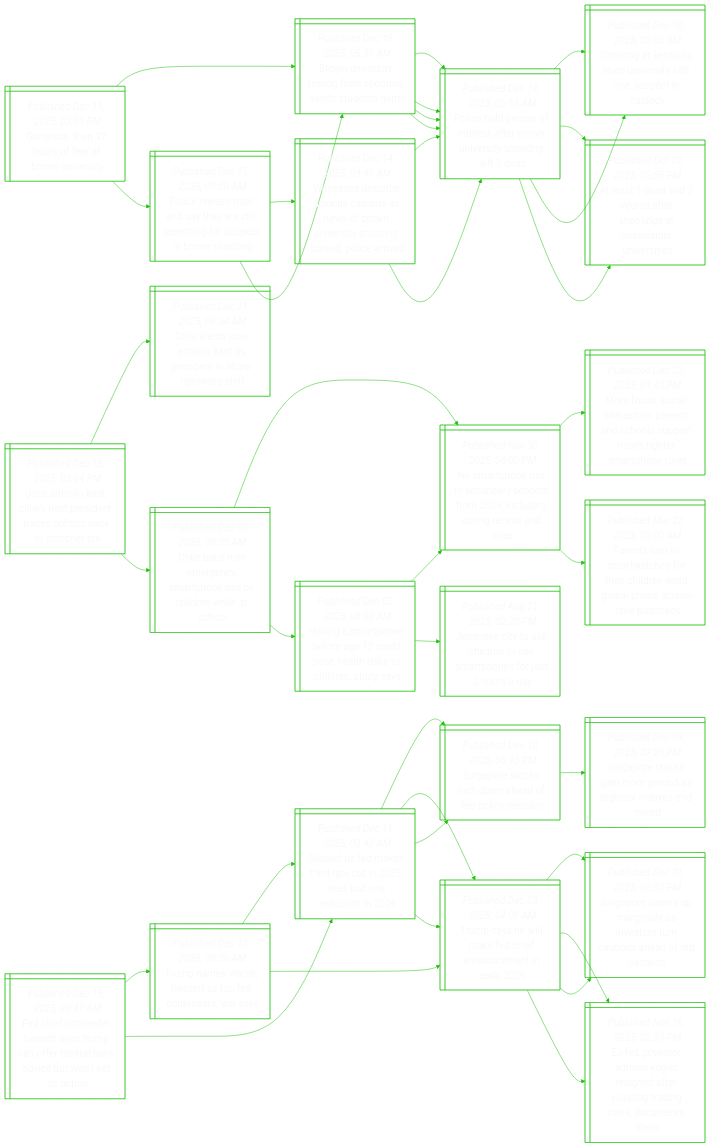
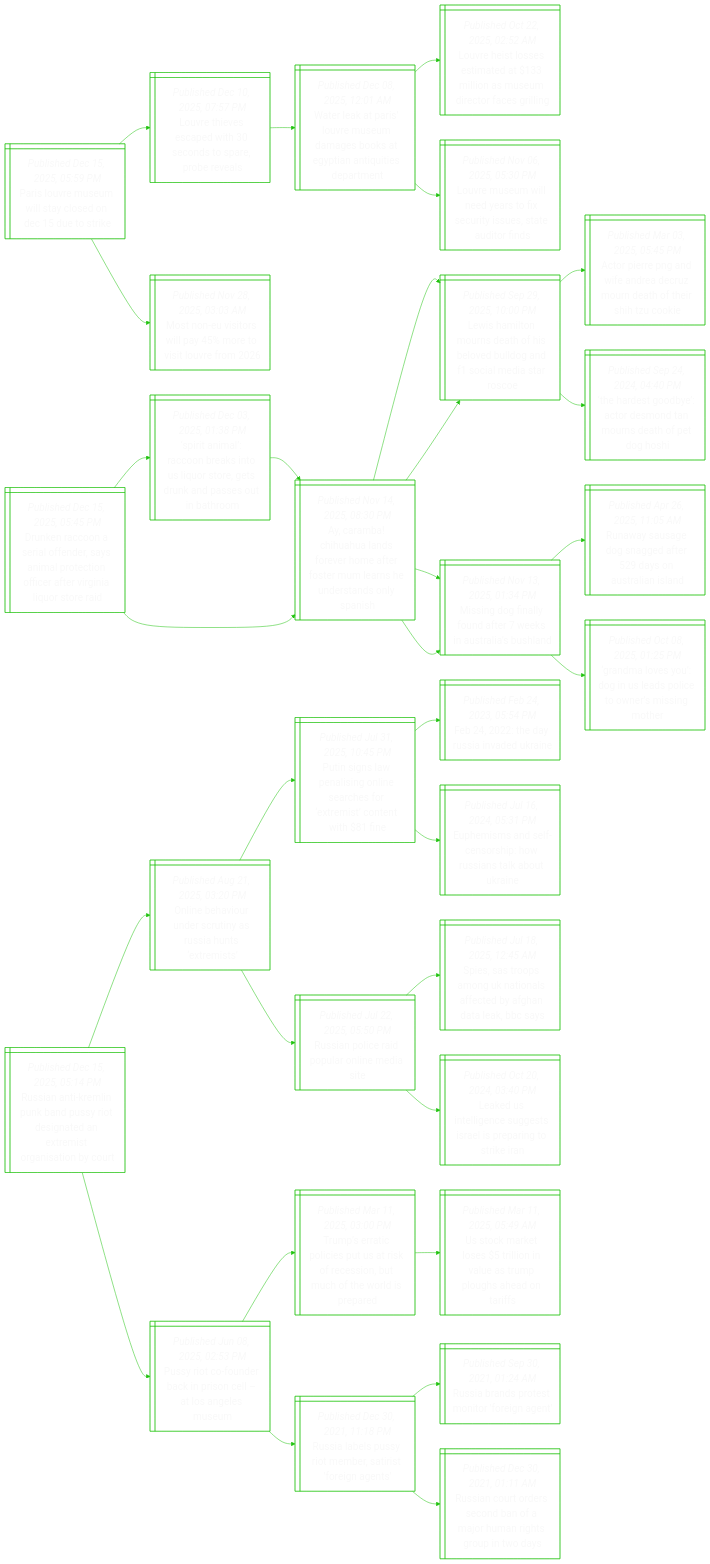
The diagram in README.md (notJmes/notJmes), drawn with Mermaid before and after one commit. The commit also changed other lines of this file, not shown here.

````diff
--- a/README.md
+++ b/README.md
@@ -16,121 +16,103 @@
 flowchart LR
 classDef txtsize font-size:20px;
 
-GoereBUr@{ shape: win-pane, label: "_Published Dec 15, 2025, 02:06 PM_
-Gunshots, then 12 hours of fear at brown university" }
-BUrrnmtette@{ shape: win-pane, label: "_Published Dec 15, 2025, 06:30 AM_
-Brown university, reeling from shooting, sends students home" }
-Pepnttrneytea@{ shape: win-pane, label: "_Published Dec 14, 2025, 06:58 AM_
-Police hold person of interest after brown university shooting left 2 dead" }
-SiKcaiileecd@{ shape: win-pane, label: "_Published Dec 10, 2025, 07:03 AM_
-Shooting at kentucky state university kills one, suspect in custody" }
-Asdndrtaspii@{ shape: win-pane, label: "_Published Oct 12, 2025, 05:58 PM_
-At least 1 dead and 3 injured after shootings at mississippi universities" }
-Pepnttrneytea@{ shape: win-pane, label: "_Published Dec 14, 2025, 06:58 AM_
-Police hold person of interest after brown university shooting left 2 dead" }
-SiKcaiileecd@{ shape: win-pane, label: "_Published Dec 10, 2025, 07:03 AM_
-Shooting at kentucky state university kills one, suspect in custody" }
-Asdndrtaspii@{ shape: win-pane, label: "_Published Oct 12, 2025, 05:58 PM_
-At least 1 dead and 3 injured after shootings at mississippi universities" }
-PeanayteireBsi@{ shape: win-pane, label: "_Published Dec 15, 2025, 07:00 AM_
-Police release man and say they are still searching for suspect in brown shooting" }
-Wsebiaasoiiogair@{ shape: win-pane, label: "_Published Dec 14, 2025, 09:40 AM_
-Witnesses describe anxious campus as news of brown university shooting spread, police arrived" }
-Pepnttrneytea@{ shape: win-pane, label: "_Published Dec 14, 2025, 06:58 AM_
-Police hold person of interest after brown university shooting left 2 dead" }
-Pepnttrneytea@{ shape: win-pane, label: "_Published Dec 14, 2025, 06:58 AM_
-Police hold person of interest after brown university shooting left 2 dead" }
-BUrrnmtette@{ shape: win-pane, label: "_Published Dec 15, 2025, 06:30 AM_
-Brown university, reeling from shooting, sends students home" }
-Pepnttrneytea@{ shape: win-pane, label: "_Published Dec 14, 2025, 06:58 AM_
-Police hold person of interest after brown university shooting left 2 dead" }
-Pepnttrneytea@{ shape: win-pane, label: "_Published Dec 14, 2025, 06:58 AM_
-Police hold person of interest after brown university shooting left 2 dead" }
+PLeulcdcok@{ shape: win-pane, label: "_Published Dec 15, 2025, 05:59 PM_
+Paris louvre museum will stay closed on dec 15 due to strike" }
+Levcwesaov@{ shape: win-pane, label: "_Published Dec 10, 2025, 07:57 PM_
+Louvre thieves escaped with 30 seconds to spare, probe reveals" }
+Wltsrembapausrt@{ shape: win-pane, label: "_Published Dec 08, 2025, 12:01 AM_
+Water leak at paris’ louvre museum damages books at egyptian antiquities department" }
+Leteidlaerrsl@{ shape: win-pane, label: "_Published Oct 22, 2025, 02:52 AM_
+Louvre heist losses estimated at $133 million as museum director faces grilling" }
+Leulytsisturs@{ shape: win-pane, label: "_Published Nov 06, 2025, 05:30 PM_
+Louvre museum will need years to fix security issues, state auditor finds" }
+MoirlovLe@{ shape: win-pane, label: "_Published Nov 28, 2025, 03:03 AM_
+Most non-eu visitors will pay 45% more to visit louvre from 2026" }
 
-GoereBUr:::txtsize --> BUrrnmtette:::txtsize
-BUrrnmtette:::txtsize --> Pepnttrneytea:::txtsize
-Pepnttrneytea:::txtsize --> SiKcaiileecd:::txtsize
-Pepnttrneytea:::txtsize --> Asdndrtaspii:::txtsize
-BUrrnmtette:::txtsize --> Pepnttrneytea:::txtsize
-Pepnttrneytea:::txtsize --> SiKcaiileecd:::txtsize
-Pepnttrneytea:::txtsize --> Asdndrtaspii:::txtsize
-GoereBUr:::txtsize --> PeanayteireBsi:::txtsize
-PeanayteireBsi:::txtsize --> Wsebiaasoiiogair:::txtsize
-Wsebiaasoiiogair:::txtsize --> Pepnttrneytea:::txtsize
-Wsebiaasoiiogair:::txtsize --> Pepnttrneytea:::txtsize
-PeanayteireBsi:::txtsize --> BUrrnmtette:::txtsize
-BUrrnmtette:::txtsize --> Pepnttrneytea:::txtsize
-BUrrnmtette:::txtsize --> Pepnttrneytea:::txtsize
+PLeulcdcok:::txtsize --> Levcwesaov:::txtsize
+Levcwesaov:::txtsize --> Wltsrembapausrt:::txtsize
+Wltsrembapausrt:::txtsize --> Leteidlaerrsl:::txtsize
+Wltsrembapausrt:::txtsize --> Leulytsisturs:::txtsize
+PLeulcdcok:::txtsize --> MoirlovLe:::txtsize
 
-JnoCspdrpicie@{ shape: win-pane, label: "_Published Dec 15, 2025, 02:04 PM_
-Jose antonio kast, chile’s next president, traces politics back to pinochet era" }
-CesAitenhiai@{ shape: win-pane, label: "_Published Dec 15, 2025, 06:34 AM_
-Chile elects jose antonio kast as president in sharp rightward shift" }
-Cboryteydhto@{ shape: win-pane, label: "_Published Dec 03, 2025, 08:35 AM_
-Chile bans non-emergency smartphone use by children while at school" }
-Nrnioyoolgned@{ shape: win-pane, label: "_Published Nov 30, 2025, 06:00 PM_
-No smartphone use in secondary schools from 2026, including during recess and ccas" }
-MooianndopMirtes@{ shape: win-pane, label: "_Published Dec 02, 2025, 01:40 PM_
-More focus, social interaction: parents and schools support moe’s tighter smartphone rules" }
-Ptnatfeingleeeb@{ shape: win-pane, label: "_Published Mar 22, 2025, 05:00 AM_
-Parents turn to smartwatches for their children amid global phone screen-time pushback" }
-Hgrnoedhhsiny@{ shape: win-pane, label: "_Published Dec 02, 2025, 08:00 AM_
-Having a smartphone before age 12 could pose health risks to children, study says" }
-Nrnioyoolgned@{ shape: win-pane, label: "_Published Nov 30, 2025, 06:00 PM_
-No smartphone use in secondary schools from 2026, including during recess and ccas" }
-Jetsltspsuua@{ shape: win-pane, label: "_Published Aug 21, 2025, 02:20 PM_
-Japanese city to ask children to use smartphones for just 2 hours a day" }
+Decslnairtfrriisr@{ shape: win-pane, label: "_Published Dec 15, 2025, 05:45 PM_
+Drunken raccoon a serial offender, says animal protection officer after virginia liquor store raid" }
+StacriSorskaobo@{ shape: win-pane, label: "_Published Dec 03, 2025, 01:38 PM_
+‘spirit animal’: raccoon breaks into us liquor store, gets drunk and passes out in bathroom" }
+Aahhnrhfomaerdyi@{ shape: win-pane, label: "_Published Nov 14, 2025, 08:30 PM_
+Ay, caramba! chihuahua lands forever home after foster mum learns he understands only spanish" }
+LHtuefedddidac@{ shape: win-pane, label: "_Published Sep 29, 2025, 10:00 PM_
+Lewis hamilton mourns death of his beloved bulldog and f1 social media star roscoe" }
+Mnflnekulun@{ shape: win-pane, label: "_Published Nov 13, 2025, 01:34 PM_
+Missing dog finally found after 7 weeks in australia’s bushland" }
+Aahhnrhfomaerdyi@{ shape: win-pane, label: "_Published Nov 14, 2025, 08:30 PM_
+Ay, caramba! chihuahua lands forever home after foster mum learns he understands only spanish" }
+LHtuefedddidac@{ shape: win-pane, label: "_Published Sep 29, 2025, 10:00 PM_
+Lewis hamilton mourns death of his beloved bulldog and f1 social media star roscoe" }
+APeneeruatszk@{ shape: win-pane, label: "_Published Mar 03, 2025, 05:45 PM_
+Actor pierre png and wife andrea decruz mourn death of their shih tzu cookie" }
+Trgyomarapgi@{ shape: win-pane, label: "_Published Sep 24, 2024, 04:40 PM_
+‘the hardest goodbye’: actor desmond tan mourns death of pet dog hoshi" }
+Mnflnekulun@{ shape: win-pane, label: "_Published Nov 13, 2025, 01:34 PM_
+Missing dog finally found after 7 weeks in australia’s bushland" }
+RasogfaAaid@{ shape: win-pane, label: "_Published Apr 26, 2025, 11:05 AM_
+Runaway sausage dog snagged after 529 days on australian island" }
+GmeDUdiosit@{ shape: win-pane, label: "_Published Oct 08, 2025, 01:25 PM_
+‘grandma loves you’: dog in us leads police to owner’s missing mother" }
 
-JnoCspdrpicie:::txtsize --> CesAitenhiai:::txtsize
-JnoCspdrpicie:::txtsize --> Cboryteydhto:::txtsize
-Cboryteydhto:::txtsize --> Nrnioyoolgned:::txtsize
-Nrnioyoolgned:::txtsize --> MooianndopMirtes:::txtsize
-Nrnioyoolgned:::txtsize --> Ptnatfeingleeeb:::txtsize
-Cboryteydhto:::txtsize --> Hgrnoedhhsiny:::txtsize
-Hgrnoedhhsiny:::txtsize --> Nrnioyoolgned:::txtsize
-Hgrnoedhhsiny:::txtsize --> Jetsltspsuua:::txtsize
+Decslnairtfrriisr:::txtsize --> StacriSorskaobo:::txtsize
+StacriSorskaobo:::txtsize --> Aahhnrhfomaerdyi:::txtsize
+Aahhnrhfomaerdyi:::txtsize --> LHtuefedddidac:::txtsize
+Aahhnrhfomaerdyi:::txtsize --> Mnflnekulun:::txtsize
+Decslnairtfrriisr:::txtsize --> Aahhnrhfomaerdyi:::txtsize
+Aahhnrhfomaerdyi:::txtsize --> LHtuefedddidac:::txtsize
+LHtuefedddidac:::txtsize --> APeneeruatszk:::txtsize
+LHtuefedddidac:::txtsize --> Trgyomarapgi:::txtsize
+Aahhnrhfomaerdyi:::txtsize --> Mnflnekulun:::txtsize
+Mnflnekulun:::txtsize --> RasogfaAaid:::txtsize
+Mnflnekulun:::txtsize --> GmeDUdiosit:::txtsize
 
-Finesaunrrnitsso@{ shape: win-pane, label: "_Published Dec 15, 2025, 09:47 AM_
-Fed chief contender hassett says trump can offer central bank advice but won’t set its action" }
-TnWHtocnWy@{ shape: win-pane, label: "_Published Dec 13, 2025, 08:30 AM_
-Trump names warsh, hassett as top fed contenders, wsj says" }
-Deeerenjnun@{ shape: win-pane, label: "_Published Dec 11, 2025, 03:42 AM_
-Divided us fed makes third rate cut in 2025, sees just one reduction in 2026" }
-SptioeFleo@{ shape: win-pane, label: "_Published Dec 10, 2025, 06:45 PM_
-Singapore stocks inch down ahead of fed policy decision" }
-Tsemeeomny@{ shape: win-pane, label: "_Published Dec 03, 2025, 04:08 AM_
-Trump says he will make fed chief announcement in early 2026" }
-Tsemeeomny@{ shape: win-pane, label: "_Published Dec 03, 2025, 04:08 AM_
-Trump says he will make fed chief announcement in early 2026" }
-Sphuglnortaodi@{ shape: win-pane, label: "_Published Dec 01, 2025, 06:50 PM_
-Singapore shares up marginally as investors turn cautious ahead of fed decision" }
-EgnrKrgfiiardeh@{ shape: win-pane, label: "_Published Nov 16, 2025, 02:30 PM_
-Ex-fed governor adriana kugler resigned after violating trading rules, documents show" }
-Deeerenjnun@{ shape: win-pane, label: "_Published Dec 11, 2025, 03:42 AM_
-Divided us fed makes third rate cut in 2025, sees just one reduction in 2026" }
-SptioeFleo@{ shape: win-pane, label: "_Published Dec 10, 2025, 06:45 PM_
-Singapore stocks inch down ahead of fed policy decision" }
-Sptgoosonsi@{ shape: win-pane, label: "_Published Dec 09, 2025, 07:25 PM_
-Singapore stocks gain more ground as regional indexes end mixed" }
-Tsemeeomny@{ shape: win-pane, label: "_Published Dec 03, 2025, 04:08 AM_
-Trump says he will make fed chief announcement in early 2026" }
-Sphuglnortaodi@{ shape: win-pane, label: "_Published Dec 01, 2025, 06:50 PM_
-Singapore shares up marginally as investors turn cautious ahead of fed decision" }
-EgnrKrgfiiardeh@{ shape: win-pane, label: "_Published Nov 16, 2025, 02:30 PM_
-Ex-fed governor adriana kugler resigned after violating trading rules, documents show" }
+Railndydnartnic@{ shape: win-pane, label: "_Published Dec 15, 2025, 05:14 PM_
+Russian anti-kremlin punk band pussy riot designated an extremist organisation by court" }
+OevusiRases@{ shape: win-pane, label: "_Published Aug 21, 2025, 03:20 PM_
+Online behaviour under scrutiny as russia hunts ‘extremists’" }
+Pslnileeemotf@{ shape: win-pane, label: "_Published Jul 31, 2025, 10:45 PM_
+Putin signs law penalising online searches for ‘extremist’ content with $81 fine" }
+Feuiea@{ shape: win-pane, label: "_Published Feb 24, 2023, 05:54 PM_
+Feb 24, 2022: the day russia invaded ukraine" }
+EmalsiRalua@{ shape: win-pane, label: "_Published Jul 16, 2024, 05:31 PM_
+Euphemisms and self-censorship: how russians talk about ukraine" }
+Raiiunms@{ shape: win-pane, label: "_Published Jul 22, 2025, 05:50 PM_
+Russian police raid popular online media site" }
+SSomKoatAnlBs@{ shape: win-pane, label: "_Published Jul 18, 2025, 12:45 AM_
+Spies, sas troops among uk nationals affected by afghan data leak, bbc says" }
+Ldtgssrsatia@{ shape: win-pane, label: "_Published Oct 20, 2024, 03:40 PM_
+Leaked us intelligence suggests israel is preparing to strike iran" }
+PRodcrctnsu@{ shape: win-pane, label: "_Published Jun 08, 2025, 02:53 PM_
+Pussy riot co-founder back in prison cell – at los angeles museum" }
+TstlsSseitowip@{ shape: win-pane, label: "_Published Mar 11, 2025, 03:00 PM_
+Trump’s erratic policies put us at risk of recession, but much of the world is prepared" }
+UcksinlTphaas@{ shape: win-pane, label: "_Published Mar 11, 2025, 05:49 AM_
+Us stock market loses $5 trillion in value as trump ploughs ahead on tariffs" }
+Ralsteifgn@{ shape: win-pane, label: "_Published Dec 30, 2021, 11:18 PM_
+Russia labels pussy riot member, satirist 'foreign agents'" }
+Radtorie@{ shape: win-pane, label: "_Published Sep 30, 2021, 01:24 AM_
+Russia brands protest monitor 'foreign agent'" }
+Rarecamhrspo@{ shape: win-pane, label: "_Published Dec 30, 2021, 01:11 AM_
+Russian court orders second ban of a major human rights group in two days" }
 
-Finesaunrrnitsso:::txtsize --> TnWHtocnWy:::txtsize
-TnWHtocnWy:::txtsize --> Deeerenjnun:::txtsize
-Deeerenjnun:::txtsize --> SptioeFleo:::txtsize
-Deeerenjnun:::txtsize --> Tsemeeomny:::txtsize
-TnWHtocnWy:::txtsize --> Tsemeeomny:::txtsize
-Tsemeeomny:::txtsize --> Sphuglnortaodi:::txtsize
-Tsemeeomny:::txtsize --> EgnrKrgfiiardeh:::txtsize
-Finesaunrrnitsso:::txtsize --> Deeerenjnun:::txtsize
-Deeerenjnun:::txtsize --> SptioeFleo:::txtsize
-SptioeFleo:::txtsize --> Sptgoosonsi:::txtsize
-Deeerenjnun:::txtsize --> Tsemeeomny:::txtsize
-Tsemeeomny:::txtsize --> Sphuglnortaodi:::txtsize
-Tsemeeomny:::txtsize --> EgnrKrgfiiardeh:::txtsize
+Railndydnartnic:::txtsize --> OevusiRases:::txtsize
+OevusiRases:::txtsize --> Pslnileeemotf:::txtsize
+Pslnileeemotf:::txtsize --> Feuiea:::txtsize
+Pslnileeemotf:::txtsize --> EmalsiRalua:::txtsize
+OevusiRases:::txtsize --> Raiiunms:::txtsize
+Raiiunms:::txtsize --> SSomKoatAnlBs:::txtsize
+Raiiunms:::txtsize --> Ldtgssrsatia:::txtsize
+Railndydnartnic:::txtsize --> PRodcrctnsu:::txtsize
+PRodcrctnsu:::txtsize --> TstlsSseitowip:::txtsize
+TstlsSseitowip:::txtsize --> UcksinlTphaas:::txtsize
+PRodcrctnsu:::txtsize --> Ralsteifgn:::txtsize
+Ralsteifgn:::txtsize --> Radtorie:::txtsize
+Ralsteifgn:::txtsize --> Rarecamhrspo:::txtsize
 
 ```
````
